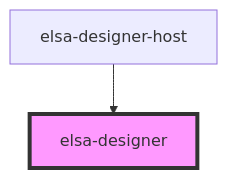
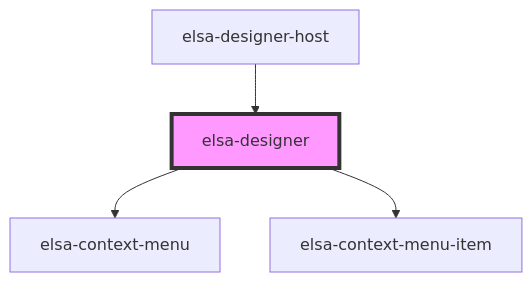
The diagram in elsa-workflows/src/components/designer/readme.md (elsa-workflows/elsa-designer), drawn with Mermaid before and after one commit. The commit also changed other lines of this file and 11 other files, not shown here.

````diff
--- a/elsa-workflows/src/components/designer/readme.md
+++ b/elsa-workflows/src/components/designer/readme.md
@@ -22,5 +79,7 @@
 ```mermaid
 graph TD;
+  elsa-designer --> elsa-context-menu
+  elsa-designer --> elsa-context-menu-item
   elsa-designer-host --> elsa-designer
   style elsa-designer fill:#f9f,stroke:#333,stroke-width:4px
 ```
````
